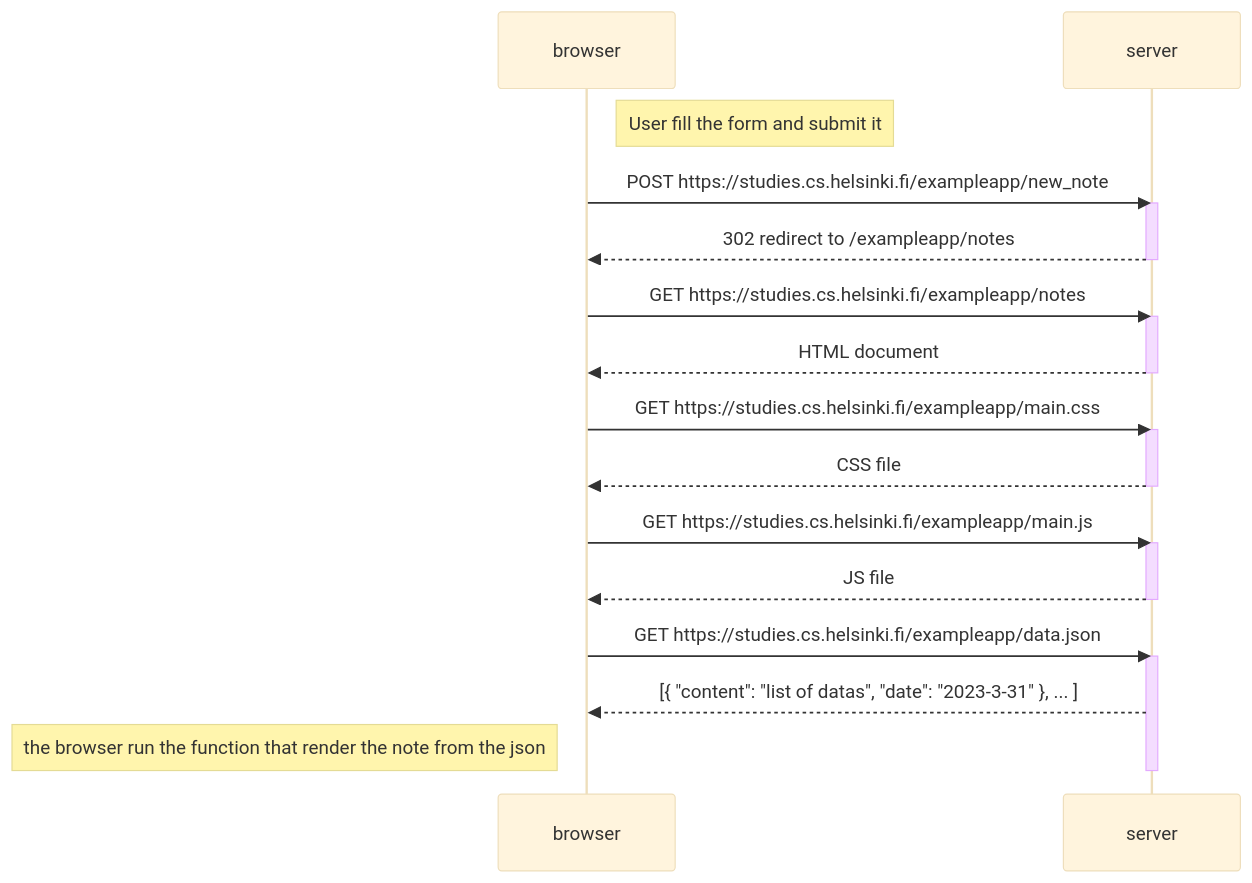
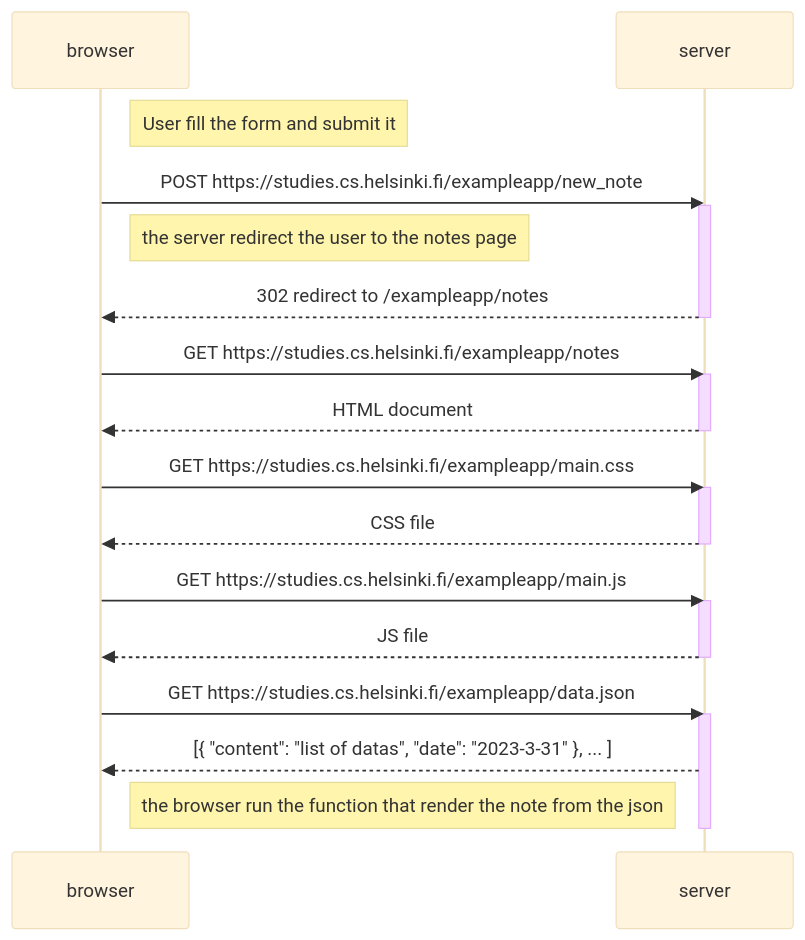
The diagram in part 0/NewNoteDiagram.md (bilalabdelkadir/FullstackOpen), drawn with Mermaid (base theme) before and after one commit.

Commit message:
final touch

````diff
--- a/part 0/NewNoteDiagram.md
+++ b/part 0/NewNoteDiagram.md
@@ -1,30 +1,31 @@
 ```mermaid
 sequenceDiagram
     participant browser
     participant server
 
     Note right of browser: User fill the form and submit it
     browser->>server: POST https://studies.cs.helsinki.fi/exampleapp/new_note
     activate server
+Note right of browser: the server redirect the user to the notes page
     server-->>browser: 302 redirect to /exampleapp/notes
     deactivate server
 
     browser->>server: GET https://studies.cs.helsinki.fi/exampleapp/notes
     activate server
     server-->>browser: HTML document
     deactivate server
 
     browser->>server: GET https://studies.cs.helsinki.fi/exampleapp/main.css
     activate server
     server-->>browser: CSS file
     deactivate server
     browser->>server: GET https://studies.cs.helsinki.fi/exampleapp/main.js
     activate server
     server-->>browser: JS file
     deactivate server
     browser->>server: GET https://studies.cs.helsinki.fi/exampleapp/data.json
     activate server
     server-->>browser: [{ "content": "list of datas", "date": "2023-3-31" }, ... ]
-    Note left of browser: the browser run the function that render the note from the json
+    Note right of browser: the browser run the function that render the note from the json
     deactivate server
 ```
````
